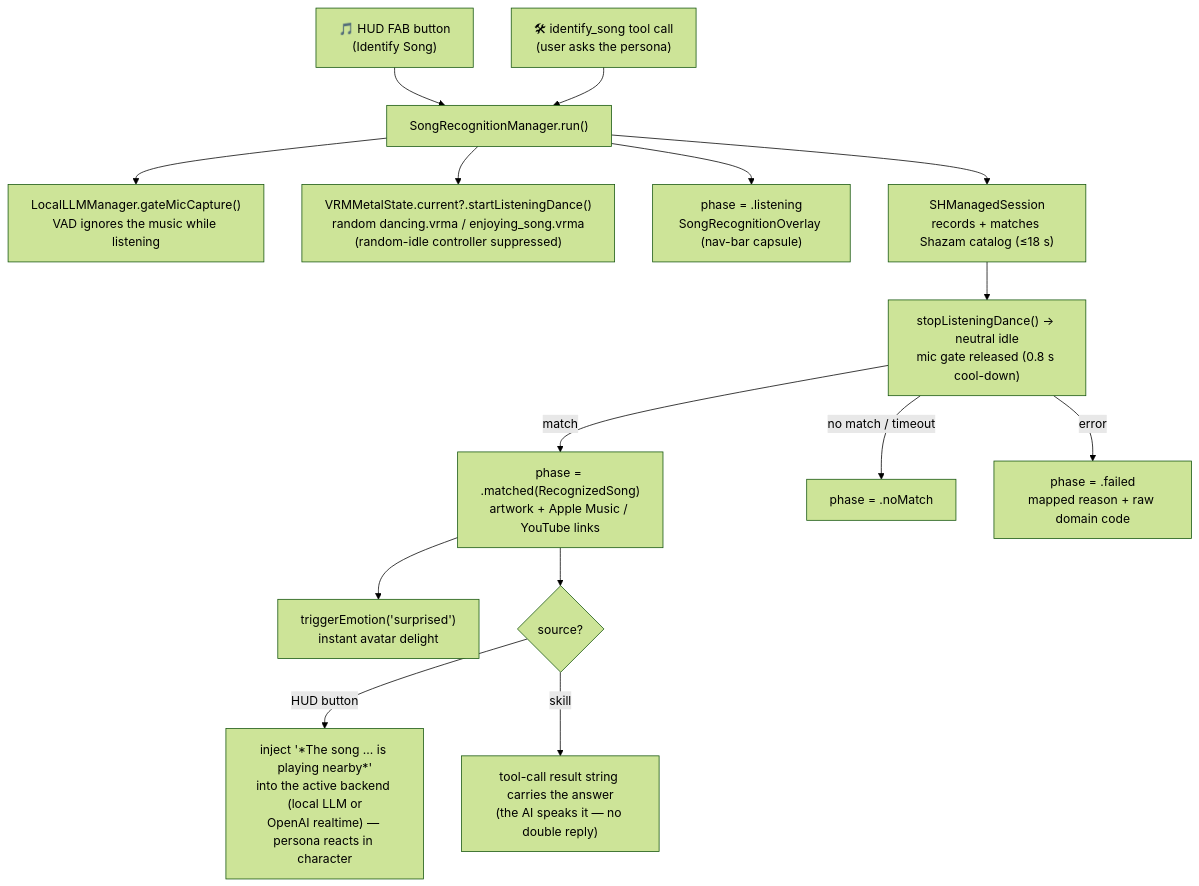
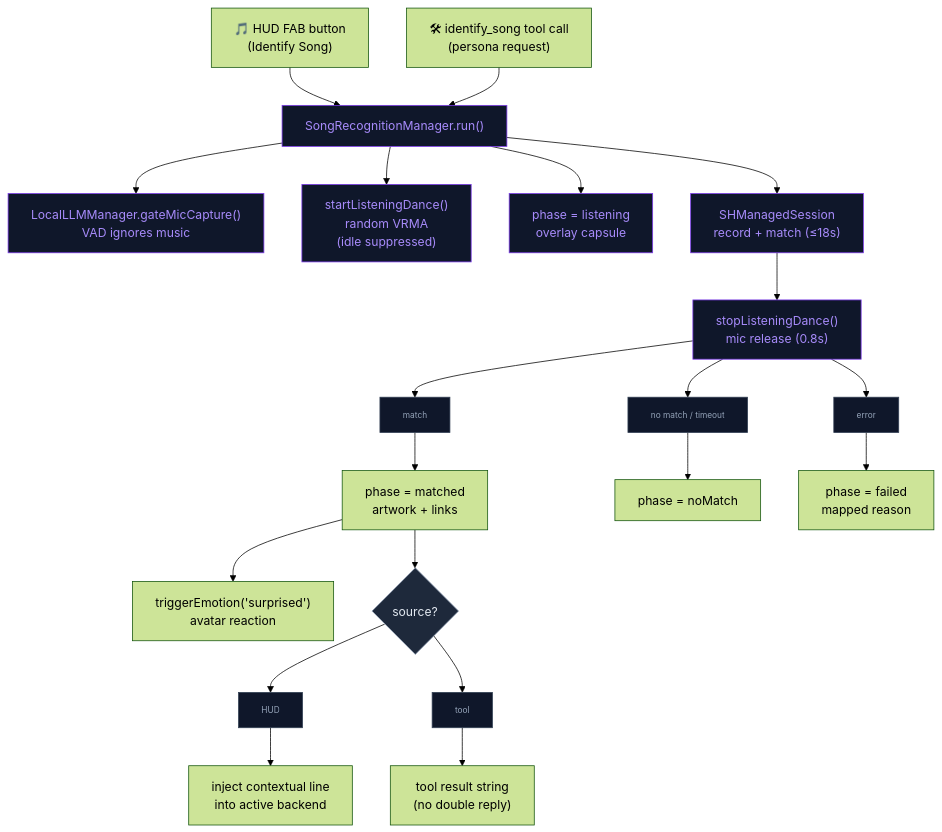
The diagram in docs/SONG_RECOGNITION.md (kevinliddel/NeuraLink), drawn with Mermaid (forest theme) before and after one commit.

Commit message:
docs: simplify song recognition mermaid diagram and add consistent styling classes

````diff
--- a/docs/SONG_RECOGNITION.md
+++ b/docs/SONG_RECOGNITION.md
@@ -9,20 +9,33 @@
 ```mermaid
 flowchart TD
     FAB["🎵 HUD FAB button<br/>(Identify Song)"] --> RUN
-    TOOL["🛠 identify_song tool call<br/>(user asks the persona)"] --> RUN
+    TOOL["🛠 identify_song tool call<br/>(persona request)"] --> RUN
 
-    RUN["SongRecognitionManager.run()"] --> GATE["LocalLLMManager.gateMicCapture()<br/>VAD ignores the music while listening"]
-    RUN --> DANCE["VRMMetalState.current?.startListeningDance()<br/>random dancing.vrma / enjoying_song.vrma<br/>(random-idle controller suppressed)"]
-    RUN --> CAPSULE["phase = .listening<br/>SongRecognitionOverlay (nav-bar capsule)"]
-    RUN --> SHZ["SHManagedSession<br/>records + matches Shazam catalog (≤18 s)"]
+    RUN["SongRecognitionManager.run()"] --> GATE["LocalLLMManager.gateMicCapture()<br/>VAD ignores music"]
+    RUN --> DANCE["startListeningDance()<br/>random VRMA<br/>(idle suppressed)"]
+    RUN --> CAPSULE["phase = listening<br/>overlay capsule"]
+    RUN --> SHZ["SHManagedSession<br/>record + match (≤18s)"]
 
-    SHZ --> CLEANUP["stopListeningDance() → neutral idle<br/>mic gate released (0.8 s cool-down)"]
-    CLEANUP -->|match| SONG["phase = .matched(RecognizedSong)<br/>artwork + Apple Music / YouTube links"]
-    CLEANUP -->|no match / timeout| NOMATCH["phase = .noMatch"]
-    CLEANUP -->|error| FAIL["phase = .failed<br/>mapped reason + raw domain code"]
+    SHZ --> CLEANUP["stopListeningDance()<br/>mic release (0.8s)"]
 
-    SONG --> EMO["triggerEmotion('surprised')<br/>instant avatar delight"]
-    SONG --> SRC{source?}
-    SRC -->|HUD button| INJECT["inject '*The song … is playing nearby*'<br/>into the active backend (local LLM or<br/>OpenAI realtime) — persona reacts in character"]
-    SRC -->|skill| RESULT["tool-call result string carries the answer<br/>(the AI speaks it — no double reply)"]
+    CLEANUP --> D1["match"] --> SONG["phase = matched<br/>artwork + links"]
+    CLEANUP --> D2["no match / timeout"] --> NOMATCH["phase = noMatch"]
+    CLEANUP --> D3["error"] --> FAIL["phase = failed<br/>mapped reason"]
+
+    SONG --> EMO["triggerEmotion('surprised')<br/>avatar reaction"]
+    SONG --> SRC{"source?"}
+
+    SRC --> D4["HUD"] --> INJECT["inject contextual line<br/>into active backend"]
+    SRC --> D5["tool"] --> RESULT["tool result string<br/>(no double reply)"]
+
+    %% Styles
+    classDef core fill:#0f172a,stroke:#7c3aed,color:#a78bfa
+    classDef decision fill:#1e293b,stroke:#94a3b8,color:#e2e8f0
+
+    class RUN,GATE,DANCE,CAPSULE,SHZ,CLEANUP core
+    class SRC decision
+
+    %% Data nodes (consistent system-wide)
+    classDef data fill:#0f172a,stroke:#334155,color:#94a3b8,font-size:11px
+    class D1,D2,D3,D4,D5 data
 ```
````
